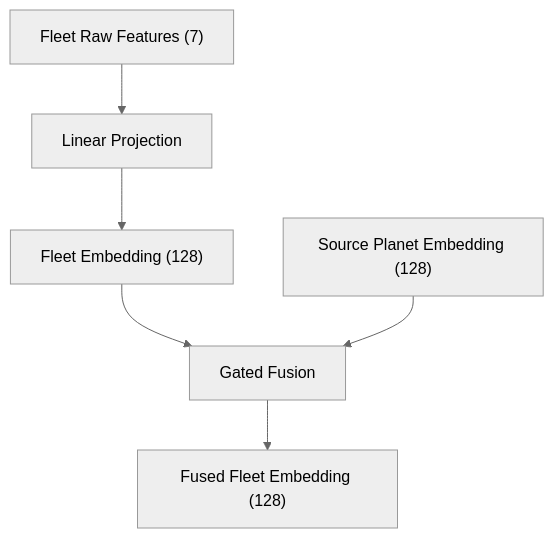
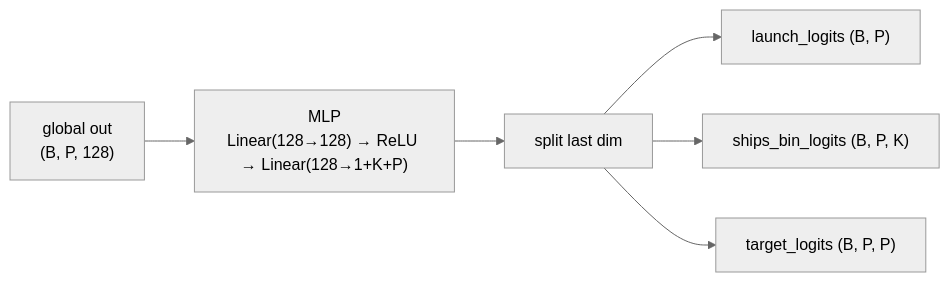
The fourth of 5 diagrams in README.md (lsngmin/orbitwaaa), drawn with Mermaid (neutral theme) before and after one commit. The commit also changed other lines of this file and 1 other file, not shown here.

````diff
--- a/README.md
+++ b/README.md
@@ -91,14 +356,14 @@
 ```mermaid
-flowchart TD
-    A["Fleet Raw Features (7)"]
-    B["Linear Projection"]
-    C["Fleet Embedding (128)"]
-    D["Source Planet Embedding (128)"]
-    E["Gated Fusion"]
-    F["Fused Fleet Embedding (128)"]
+flowchart LR
+    G["global out<br/>(B, P, 128)"]
+    H["MLP<br/>Linear(128→128) → ReLU → Linear(128→1+K+P)"]
+    SP["split last dim"]
+    L["launch_logits (B, P)"]
+    S["ships_bin_logits (B, P, K)"]
+    TT["target_logits (B, P, P)"]
 
-    A --> B --> C
-    C --> E
-    D --> E
-    E --> F
+    G --> H --> SP
+    SP --> L
+    SP --> S
+    SP --> TT
 ```
````
